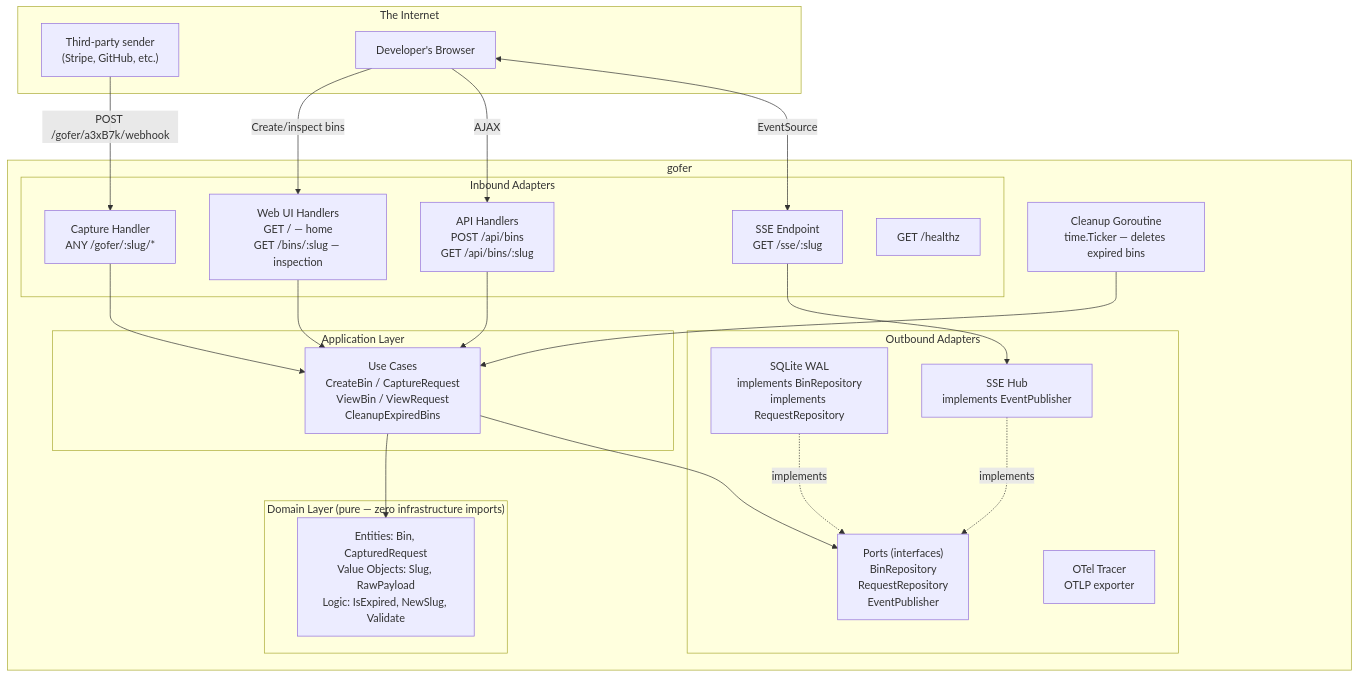
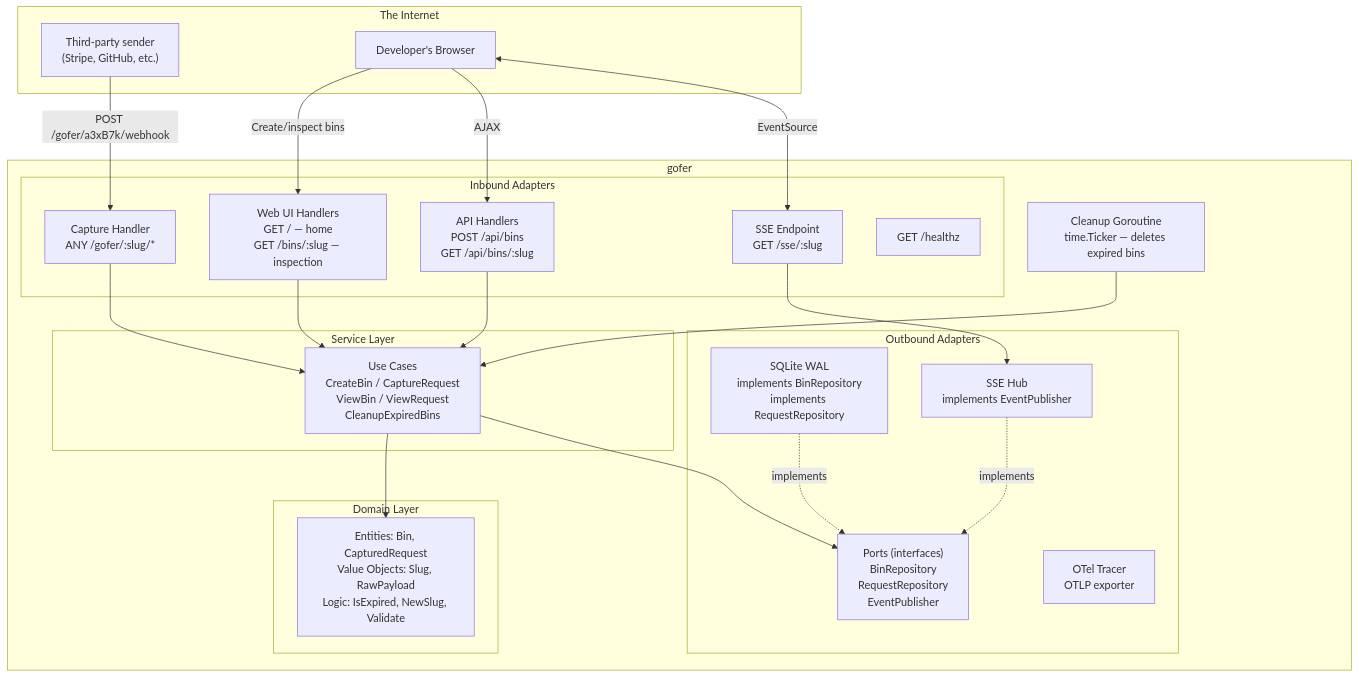
Before and after one commit to w-h-a/gofer: the first of 2 diagrams in README.md, drawn with Mermaid.

Commit message:
docs: update README (#1)

````diff
--- a/README.md
+++ b/README.md
@@ -25,52 +25,52 @@
 ```mermaid
 graph TB
     subgraph "The Internet"
         STRIPE["Third-party sender<br/>(Stripe, GitHub, etc.)"]
         BROWSER["Developer's Browser"]
     end
 
     subgraph "gofer"
 
         subgraph "Inbound Adapters"
             WEB_UI["Web UI Handlers<br/>GET / — home<br/>GET /bins/:slug — inspection"]
             API["API Handlers<br/>POST /api/bins<br/>GET /api/bins/:slug"]
             CAPTURE["Capture Handler<br/>ANY /gofer/:slug/*"]
             SSE_EP["SSE Endpoint<br/>GET /sse/:slug"]
             HEALTH["GET /healthz"]
         end
 
-        subgraph "Application Layer"
+        subgraph "Service Layer"
             UC["Use Cases<br/>CreateBin / CaptureRequest<br/>ViewBin / ViewRequest<br/>CleanupExpiredBins"]
         end
 
-        subgraph "Domain Layer (pure — zero infrastructure imports)"
+        subgraph "Domain Layer"
             ENT["Entities: Bin, CapturedRequest<br/>Value Objects: Slug, RawPayload<br/>Logic: IsExpired, NewSlug, Validate"]
         end
 
         subgraph "Outbound Adapters"
             PORTS["Ports (interfaces)<br/>BinRepository<br/>RequestRepository<br/>EventPublisher"]
             SQLITE["SQLite WAL<br/>implements BinRepository<br/>implements RequestRepository"]
             HUB["SSE Hub<br/>implements EventPublisher"]
             OTEL["OTel Tracer<br/>OTLP exporter"]
         end
 
         CLEANUP["Cleanup Goroutine<br/>time.Ticker — deletes expired bins"]
     end
 
     STRIPE -->|"POST /gofer/a3xB7k/webhook"| CAPTURE
     BROWSER -->|"Create/inspect bins"| WEB_UI
     BROWSER -->|"AJAX"| API
     BROWSER <-->|"EventSource"| SSE_EP
 
     WEB_UI --> UC
     API --> UC
     CAPTURE --> UC
     SSE_EP --> HUB
 
     UC --> ENT
     UC --> PORTS
 
     SQLITE -.->|implements| PORTS
     HUB -.->|implements| PORTS
     CLEANUP --> UC
 ```
````
